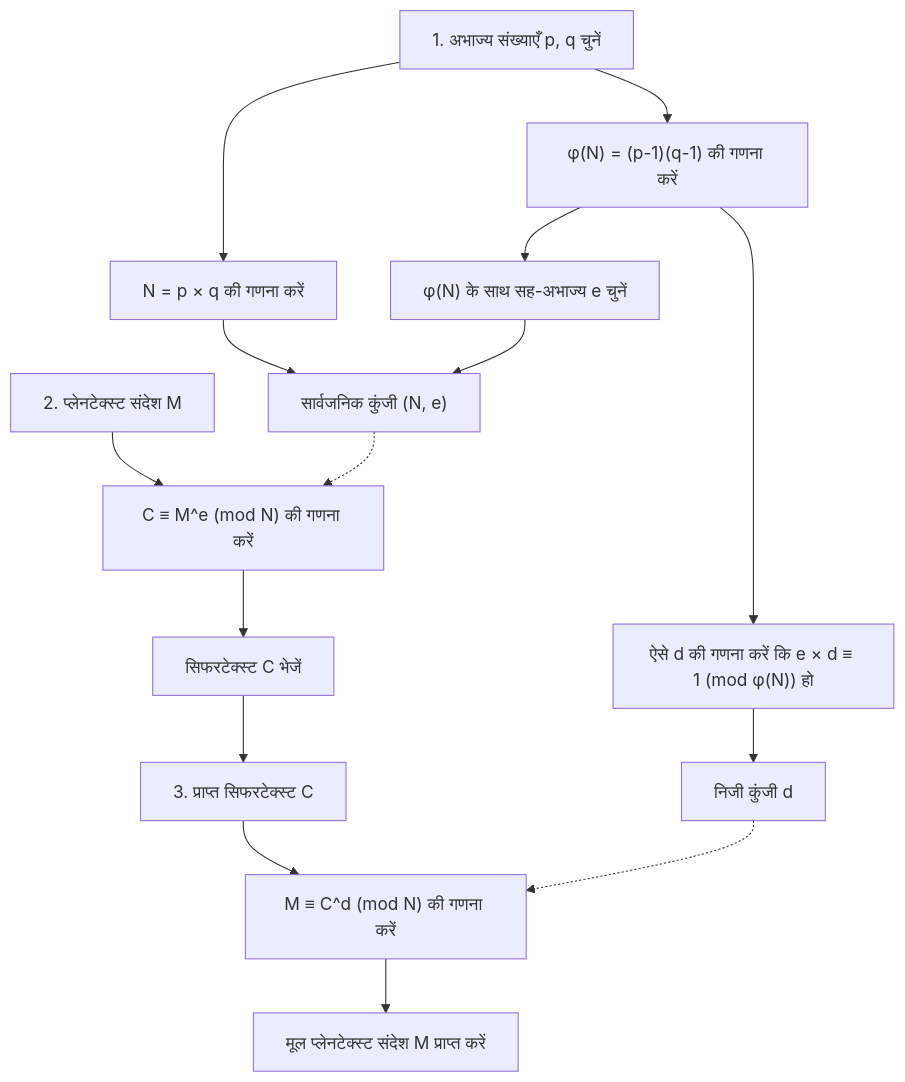
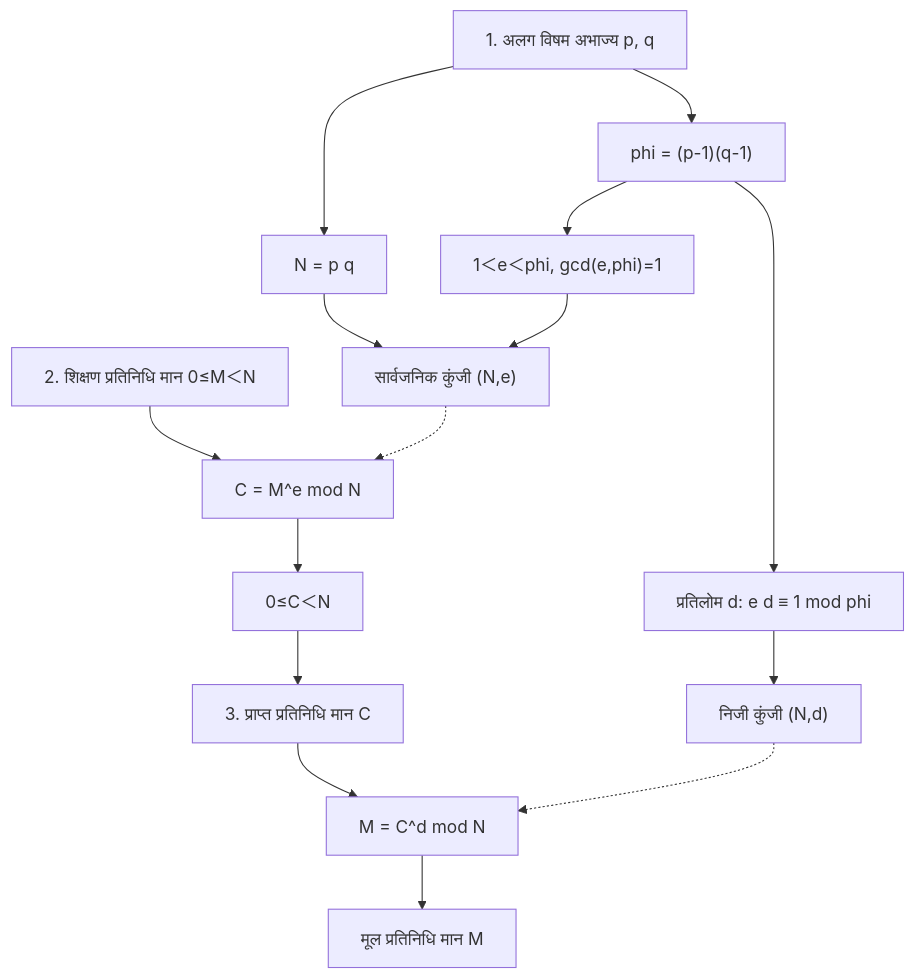
One commit to kenjinote/blog changed the second of 3 diagrams in content/post/rsa暗号の仕組みを高校生でもわかるように説明する/index.hi.md. Above: the diagram before and after it, drawn with Mermaid. The commit also changed other lines of this file and 5 other files, not shown here.

````diff
--- a/content/post/rsa暗号の仕組みを高校生でもわかるように説明する/index.hi.md
+++ b/content/post/rsa暗号の仕組みを高校生でもわかるように説明する/index.hi.md
@@ -165,19 +103,17 @@
 ```mermaid
 flowchart TD
-    A1["1. अभाज्य संख्याएँ p, q चुनें"] --> A2["N = p × q की गणना करें"]
-    A1 --> A3["φ(N) = (p-1)(q-1) की गणना करें"]
-    A3 --> A4["φ(N) के साथ सह-अभाज्य e चुनें"]
-    A3 --> A5["ऐसे d की गणना करें कि e × d ≡ 1 (mod φ(N)) हो"]
-    A2 --> A6["सार्वजनिक कुंजी (N, e)"]
+    A1["1. अलग विषम अभाज्य p, q"] --> A2["N = p q"]
+    A1 --> A3["phi = (p-1)(q-1)"]
+    A3 --> A4["1＜e＜phi, gcd(e,phi)=1"]
+    A3 --> A5["प्रतिलोम d: e d ≡ 1 mod phi"]
+    A2 --> A6["सार्वजनिक कुंजी (N,e)"]
     A4 --> A6
-    A5 --> A7["निजी कुंजी d"]
-    
-    B1["2. प्लेनटेक्स्ट संदेश M"] --> B2["C ≡ M^e (mod N) की गणना करें"]
+    A5 --> A7["निजी कुंजी (N,d)"]
+    B1["2. शिक्षण प्रतिनिधि मान 0≤M＜N"] --> B2["C = M^e mod N"]
     A6 -.-> B2
-    B2 --> B3["सिफरटेक्स्ट C भेजें"]
-    
-    B3 --> C1["3. प्राप्त सिफरटेक्स्ट C"]
-    C1 --> C2["M ≡ C^d (mod N) की गणना करें"]
+    B2 --> B3["0≤C＜N"]
+    B3 --> C1["3. प्राप्त प्रतिनिधि मान C"]
+    C1 --> C2["M = C^d mod N"]
     A7 -.-> C2
-    C2 --> C3["मूल प्लेनटेक्स्ट संदेश M प्राप्त करें"]
+    C2 --> C3["मूल प्रतिनिधि मान M"]
 ```
````
